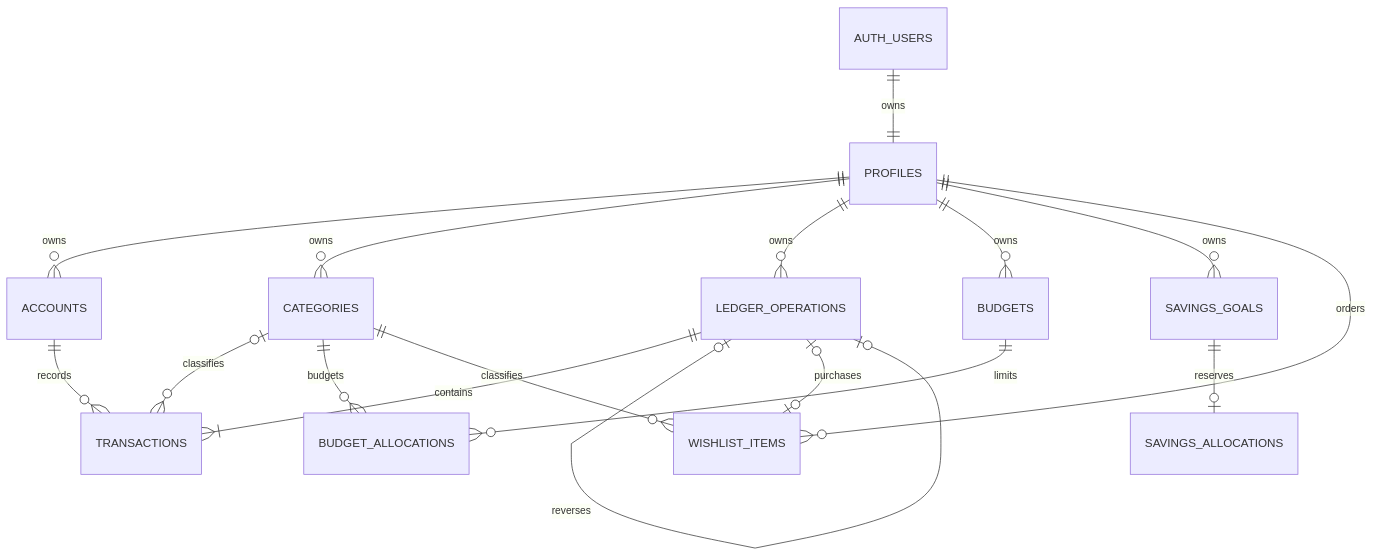
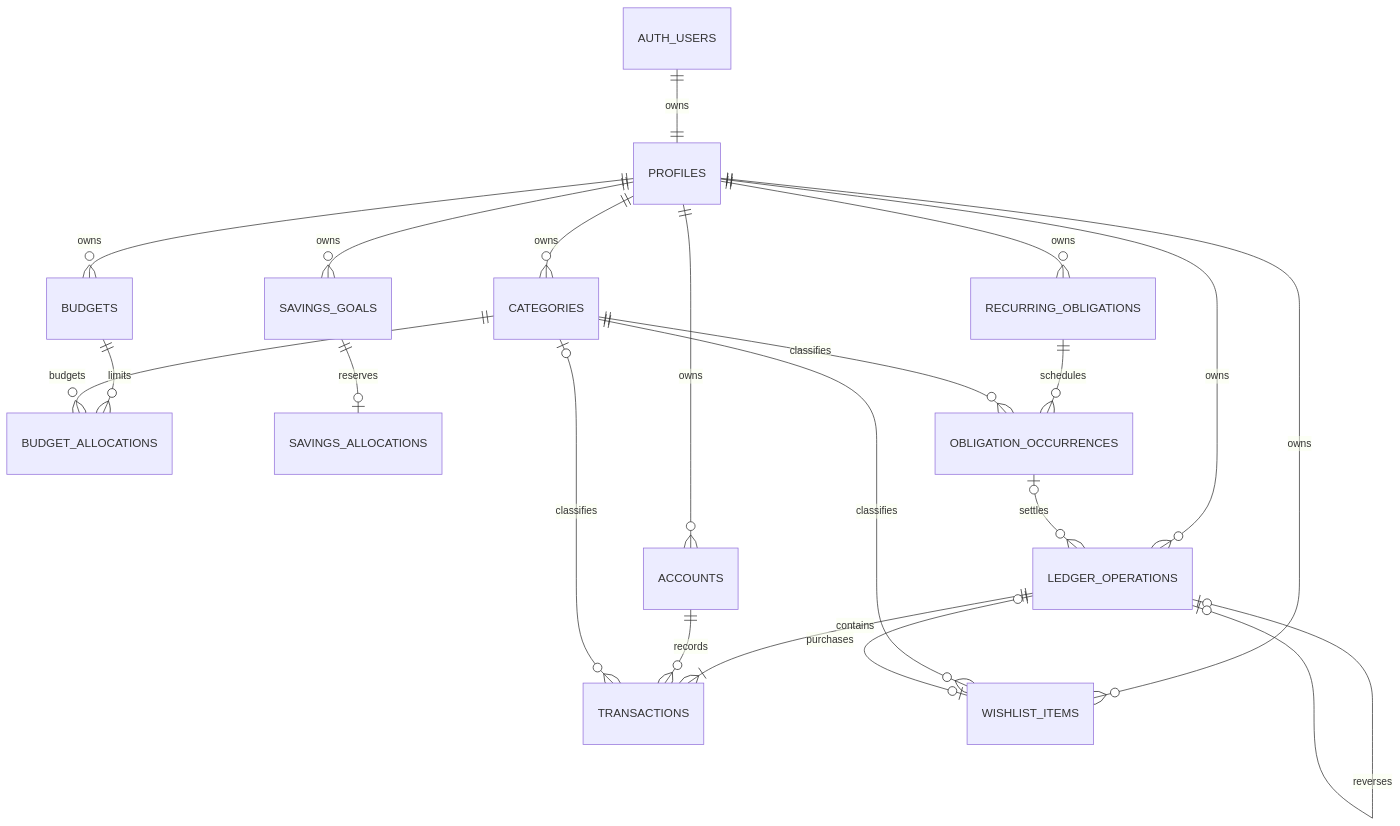
One commit to mjcalapai/Savora changed the diagram in docs/DATABASE_SCHEMA.md. Above: the diagram before and after it, drawn with Mermaid. The commit also changed other lines of this file and 43 other files, not shown here.

````diff
--- a/docs/DATABASE_SCHEMA.md
+++ b/docs/DATABASE_SCHEMA.md
@@ -101,19 +116,23 @@
 ```mermaid
 erDiagram
   AUTH_USERS ||--|| PROFILES : owns
   PROFILES ||--o{ ACCOUNTS : owns
   PROFILES ||--o{ CATEGORIES : owns
   PROFILES ||--o{ LEDGER_OPERATIONS : owns
   LEDGER_OPERATIONS ||--|{ TRANSACTIONS : contains
   LEDGER_OPERATIONS o|--o| LEDGER_OPERATIONS : reverses
   ACCOUNTS ||--o{ TRANSACTIONS : records
   CATEGORIES o|--o{ TRANSACTIONS : classifies
   PROFILES ||--o{ BUDGETS : owns
   BUDGETS ||--o{ BUDGET_ALLOCATIONS : limits
   CATEGORIES ||--o{ BUDGET_ALLOCATIONS : budgets
   PROFILES ||--o{ SAVINGS_GOALS : owns
   SAVINGS_GOALS ||--o| SAVINGS_ALLOCATIONS : reserves
-  PROFILES ||--o{ WISHLIST_ITEMS : orders
+  PROFILES ||--o{ WISHLIST_ITEMS : owns
+  PROFILES ||--o{ RECURRING_OBLIGATIONS : owns
+  RECURRING_OBLIGATIONS ||--o{ OBLIGATION_OCCURRENCES : schedules
+  CATEGORIES ||--o{ OBLIGATION_OCCURRENCES : classifies
+  OBLIGATION_OCCURRENCES o|--o{ LEDGER_OPERATIONS : settles
   CATEGORIES ||--o{ WISHLIST_ITEMS : classifies
   LEDGER_OPERATIONS o|--o| WISHLIST_ITEMS : purchases
 ```
````
